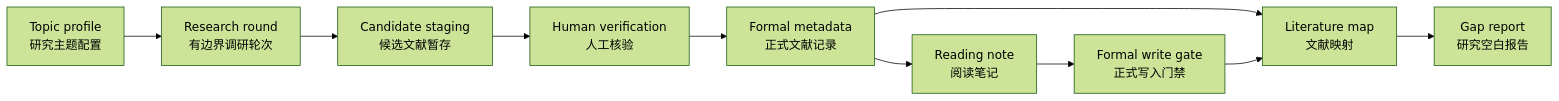
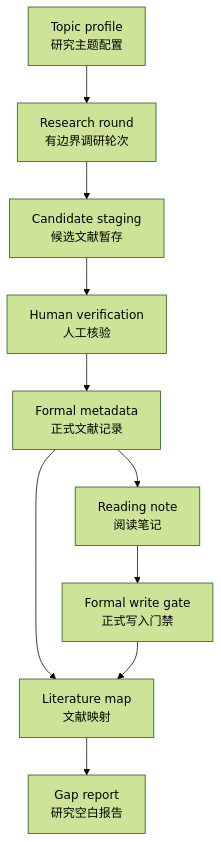
One commit to sakur0zxy/RSA changed the diagram in README.md. Above: the diagram before and after it, drawn with Mermaid (forest theme).

Commit message:
docs: make README workflow diagram vertical

````diff
--- a/README.md
+++ b/README.md
@@ -35,12 +35,12 @@
 ```mermaid
-flowchart LR
+flowchart TD
   A["Topic profile<br/>研究主题配置"] --> B["Research round<br/>有边界调研轮次"]
   B --> C["Candidate staging<br/>候选文献暂存"]
   C --> D["Human verification<br/>人工核验"]
   D --> E["Formal metadata<br/>正式文献记录"]
   E --> F["Reading note<br/>阅读笔记"]
   E --> G["Literature map<br/>文献映射"]
   F --> H["Formal write gate<br/>正式写入门禁"]
   G --> I["Gap report<br/>研究空白报告"]
   H --> G
 ```
````
